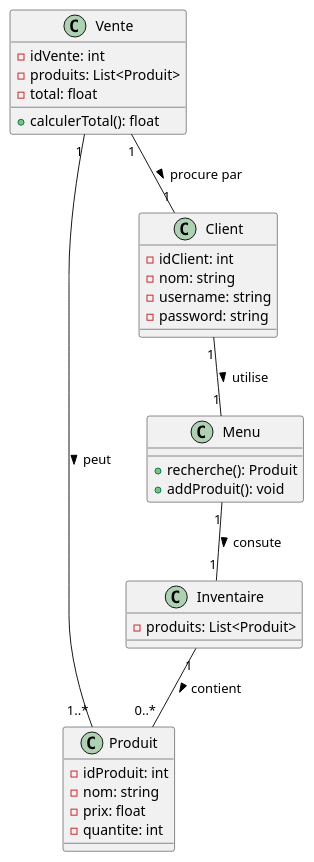
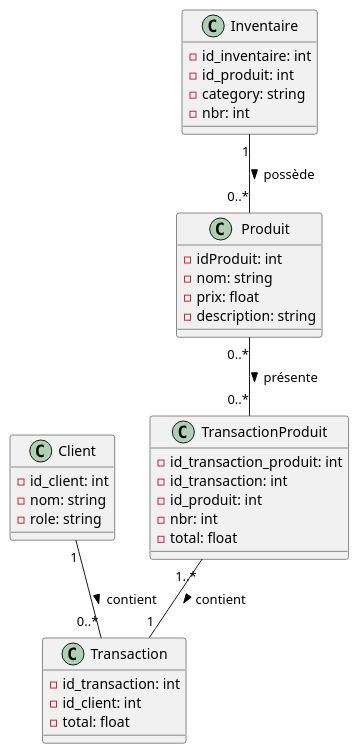
One commit to Barlow-Personal-Git/LOG430_Barlow_Etape_1 changed the diagram in docs/UML/diagramme_class.puml. Above: the diagram before and after it, drawn with PlantUML. The commit also changed 39 other files, not shown here.

```diff
--- a/docs/UML/diagramme_class.puml
+++ b/docs/UML/diagramme_class.puml
@@ -1,39 +1,42 @@
 @startuml
 
 class Produit {
     -idProduit: int
     -nom: string
     -prix: float
-    -quantite: int
+    -description: string
 }
 
 class Inventaire {
-    -produits: List<Produit>
-}
-
-class Vente {
-    -idVente: int
-    -produits: List<Produit>
-    -total: float
-    +calculerTotal(): float
-}
-
-class Menu {
-    +recherche(): Produit
-    +addProduit(): void
+    -id_inventaire: int
+    -id_produit: int
+    -category: string
+    -nbr: int
 }
 
 class Client {
-    -idClient: int
+    -id_client: int
     -nom: string
-    -username: string
-    -password: string
+    -role: string
 }
 
-Inventaire "1" -- "0..*" Produit : contient >
-Vente "1" -- "1..*" Produit : peut >
-Menu "1" -- "1" Inventaire : consute >
-Client "1" -- "1" Menu : utilise >
-Vente "1" -- "1" Client : procure par >
+class TransactionProduit {
+    -id_transaction_produit: int
+    -id_transaction: int
+    -id_produit: int
+    -nbr: int
+    -total: float
+}
+
+class Transaction {
+    -id_transaction: int
+    -id_client: int
+    -total: float
+}
+
+Client "1" -- "0..*" Transaction : contient >
+Inventaire "1" -- "0..*" Produit : possède >
+Produit "0..*" -- "0..*" TransactionProduit : présente >
+TransactionProduit "1..*" -- "1" Transaction : contient >
 
 @enduml
```
